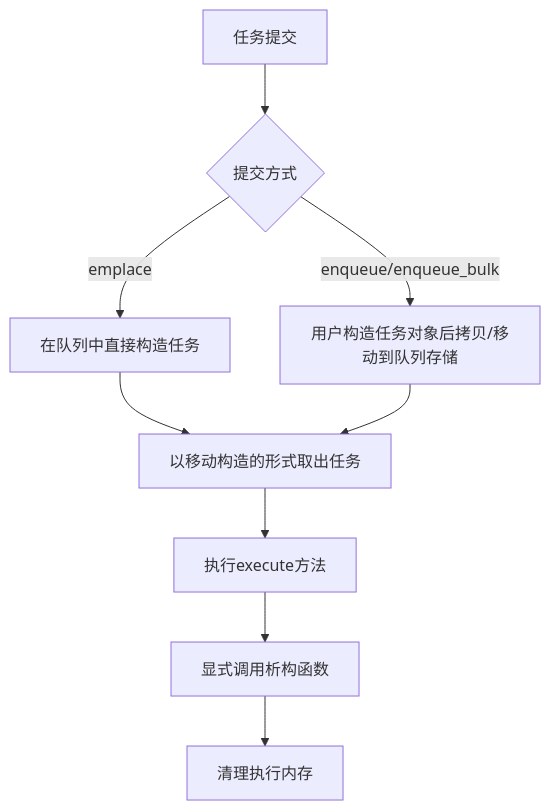
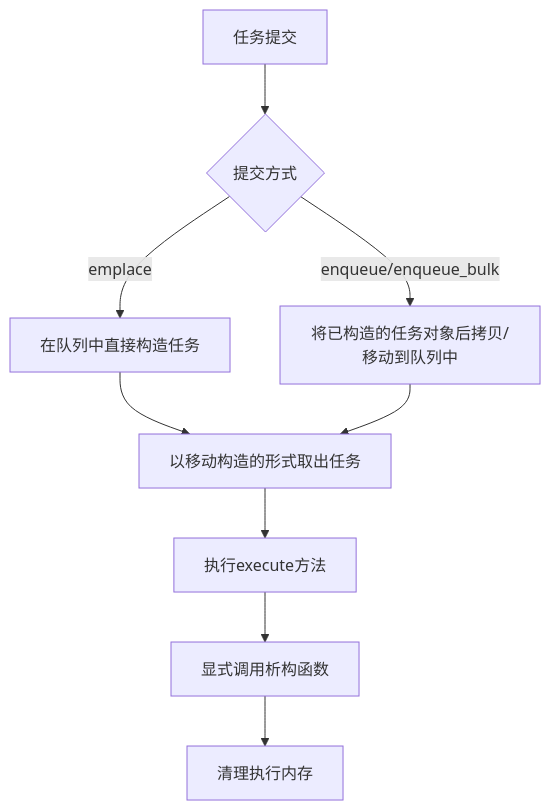
Before and after one commit to HSLL175848494/ThreadPool: the diagram in README.md, drawn with Mermaid.

````diff
--- a/README.md
+++ b/README.md
@@ -84,13 +84,13 @@
 ```mermaid
 graph TD
     A[任务提交] --> B{提交方式}
     B -->|emplace| C[在队列中直接构造任务]
-    B -->|enqueue/enqueue_bulk| D[用户构造任务对象后拷贝/移动到队列存储]
+    B -->|enqueue/enqueue_bulk| D[将已构造的任务对象后拷贝/移动到队列中]
     
     C --> E[以移动构造的形式取出任务]
     D --> E
     
     E --> F[执行execute方法]
     F --> G[显式调用析构函数]
     G --> H[清理执行内存]
 ```
````
